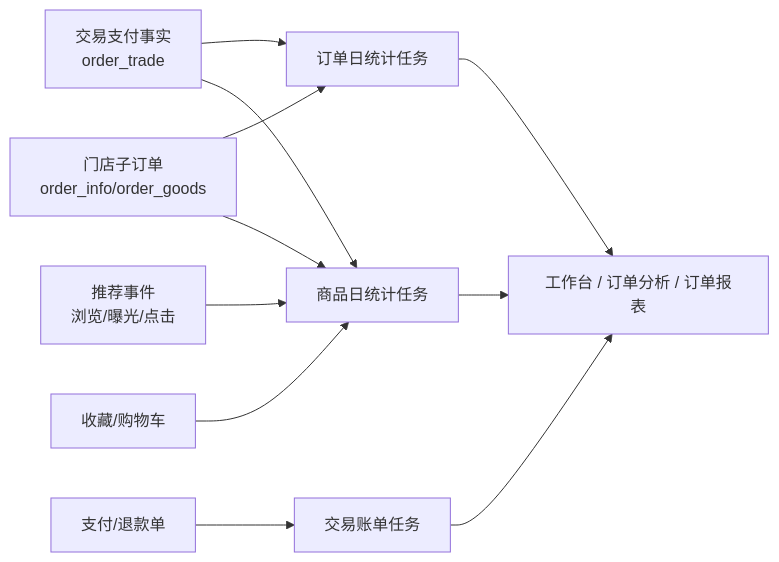
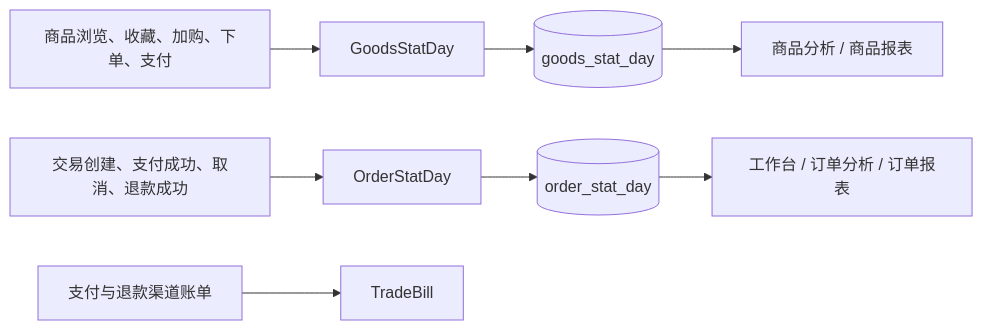
One commit to liujitcn/shop changed the diagram in docs/统计数据流转设计.md. Above: the diagram before and after it, drawn with Mermaid. The commit also changed other lines of this file and 1765 other files, not shown here.

````diff
--- a/docs/统计数据流转设计.md
+++ b/docs/统计数据流转设计.md
@@ -9,13 +9,10 @@
 ```mermaid
 flowchart LR
-  Trade["交易支付事实\norder_trade"] --> OrderStat["订单日统计任务"]
-  Order["门店子订单\norder_info/order_goods"] --> OrderStat
-  Order --> GoodsStat["商品日统计任务"]
-  Trade --> GoodsStat
-  Event["推荐事件\n浏览/曝光/点击"] --> GoodsStat
-  CollectCart["收藏/购物车"] --> GoodsStat
-  Pay["支付/退款单"] --> Bill["交易账单任务"]
-  OrderStat --> Admin["工作台 / 订单分析 / 订单报表"]
-  GoodsStat --> Admin
-  Bill --> Admin
+  Goods["商品浏览、收藏、加购、下单、支付"] --> GoodsTask["GoodsStatDay"]
+  Trade["交易创建、支付成功、取消、退款成功"] --> OrderTask["OrderStatDay"]
+  GoodsTask --> GoodsStat[("goods_stat_day")]
+  OrderTask --> OrderStat[("order_stat_day")]
+  GoodsStat --> GoodsDash["商品分析 / 商品报表"]
+  OrderStat --> OrderDash["工作台 / 订单分析 / 订单报表"]
+  Bills["支付与退款渠道账单"] --> TradeBill["TradeBill"]
 ```
````
